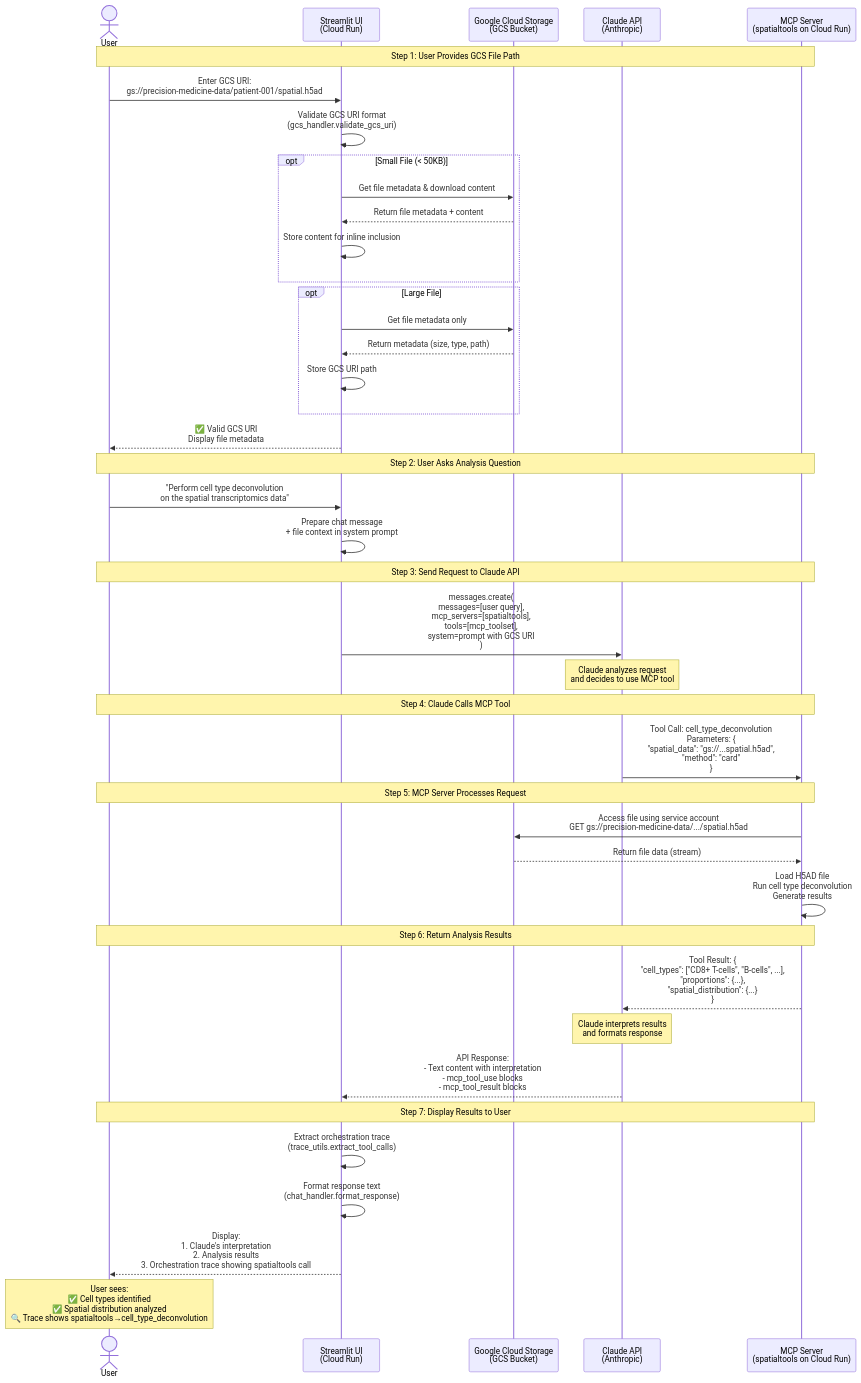
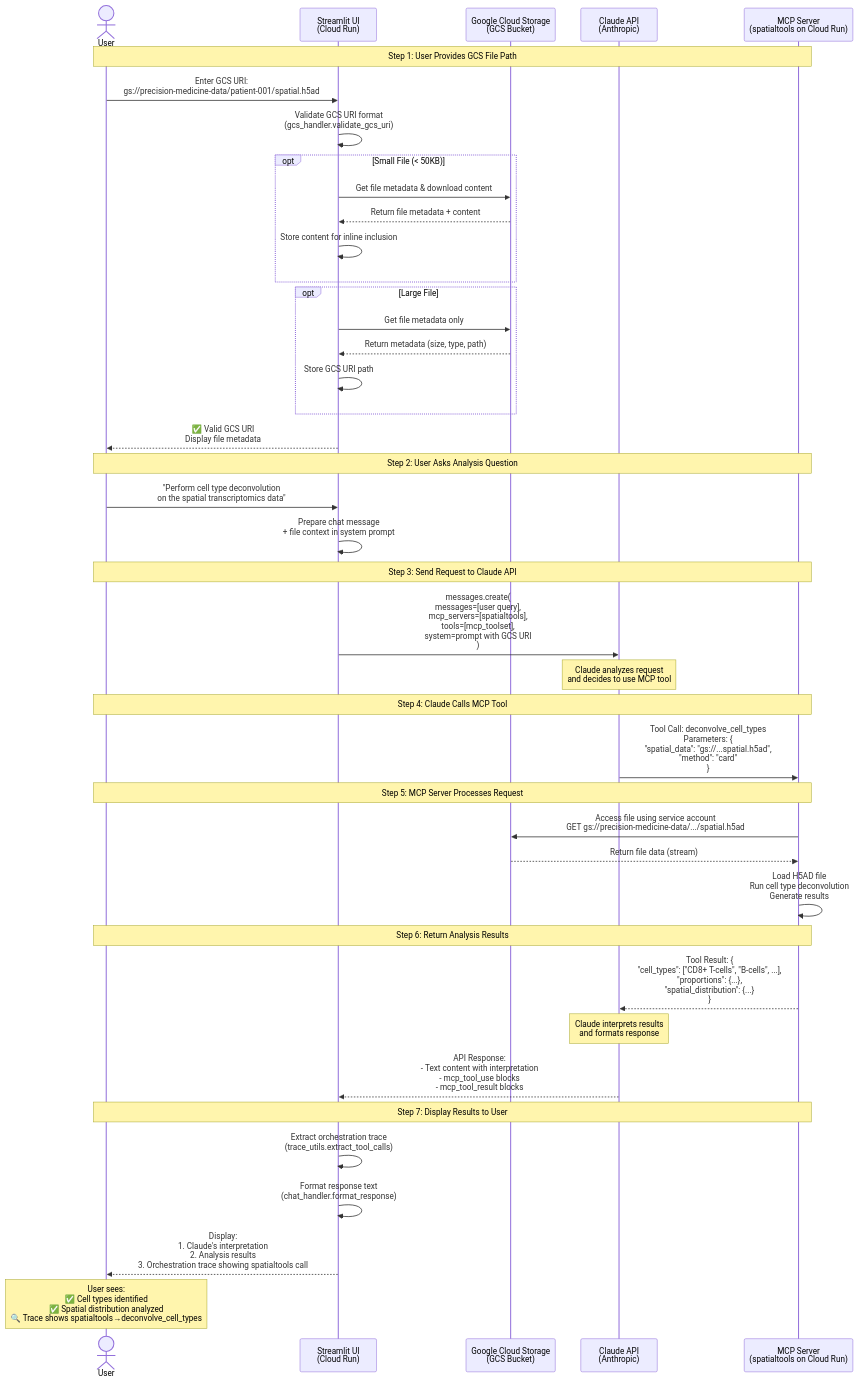
One commit to raymond301/precision-medicine-mcp changed the diagram in ui/streamlit-app/README.md. Above: the diagram before and after it, drawn with Mermaid. The commit also changed other lines of this file and 8 other files, not shown here.

Commit message:
Fix ~30 wrong tool names across 9 files to match canonical Python @mcp.tool() definitions

````diff
--- a/ui/streamlit-app/README.md
+++ b/ui/streamlit-app/README.md
@@ -12,60 +12,60 @@
 ```mermaid
 sequenceDiagram
     actor User
     participant Streamlit as Streamlit UI<br/>(Cloud Run)
     participant GCS as Google Cloud Storage<br/>(GCS Bucket)
     participant Claude as Claude API<br/>(Anthropic)
     participant MCP as MCP Server<br/>(spatialtools on Cloud Run)
 
     Note over User,MCP: Step 1: User Provides GCS File Path
     User->>Streamlit: Enter GCS URI:<br/>gs://precision-medicine-data/patient-001/spatial.h5ad
     Streamlit->>Streamlit: Validate GCS URI format<br/>(gcs_handler.validate_gcs_uri)
 
     opt Small File (< 50KB)
         Streamlit->>GCS: Get file metadata & download content
         GCS-->>Streamlit: Return file metadata + content
         Streamlit->>Streamlit: Store content for inline inclusion
     end
 
     opt Large File
         Streamlit->>GCS: Get file metadata only
         GCS-->>Streamlit: Return metadata (size, type, path)
         Streamlit->>Streamlit: Store GCS URI path
     end
 
     Streamlit-->>User: ✅ Valid GCS URI<br/>Display file metadata
 
     Note over User,MCP: Step 2: User Asks Analysis Question
     User->>Streamlit: "Perform cell type deconvolution<br/>on the spatial transcriptomics data"
 
     Streamlit->>Streamlit: Prepare chat message<br/>+ file context in system prompt
 
     Note over User,MCP: Step 3: Send Request to Claude API
     Streamlit->>Claude: messages.create(<br/>  messages=[user query],<br/>  mcp_servers=[spatialtools],<br/>  tools=[mcp_toolset],<br/>  system=prompt with GCS URI<br/>)
 
     Note over Claude: Claude analyzes request<br/>and decides to use MCP tool
 
     Note over User,MCP: Step 4: Claude Calls MCP Tool
-    Claude->>MCP: Tool Call: cell_type_deconvolution<br/>Parameters: {<br/>  "spatial_data": "gs://...spatial.h5ad",<br/>  "method": "card"<br/>}
+    Claude->>MCP: Tool Call: deconvolve_cell_types<br/>Parameters: {<br/>  "spatial_data": "gs://...spatial.h5ad",<br/>  "method": "card"<br/>}
 
     Note over User,MCP: Step 5: MCP Server Processes Request
     MCP->>GCS: Access file using service account<br/>GET gs://precision-medicine-data/.../spatial.h5ad
     GCS-->>MCP: Return file data (stream)
 
     MCP->>MCP: Load H5AD file<br/>Run cell type deconvolution<br/>Generate results
 
     Note over User,MCP: Step 6: Return Analysis Results
     MCP-->>Claude: Tool Result: {<br/>  "cell_types": ["CD8+ T-cells", "B-cells", ...],<br/>  "proportions": {...},<br/>  "spatial_distribution": {...}<br/>}
 
     Note over Claude: Claude interprets results<br/>and formats response
 
     Claude-->>Streamlit: API Response:<br/>- Text content with interpretation<br/>- mcp_tool_use blocks<br/>- mcp_tool_result blocks
 
     Note over User,MCP: Step 7: Display Results to User
     Streamlit->>Streamlit: Extract orchestration trace<br/>(trace_utils.extract_tool_calls)
     Streamlit->>Streamlit: Format response text<br/>(chat_handler.format_response)
 
     Streamlit-->>User: Display:<br/>1. Claude's interpretation<br/>2. Analysis results<br/>3. Orchestration trace showing spatialtools call
 
-    Note over User: User sees:<br/>✅ Cell types identified<br/>✅ Spatial distribution analyzed<br/>🔍 Trace shows spatialtools→cell_type_deconvolution
+    Note over User: User sees:<br/>✅ Cell types identified<br/>✅ Spatial distribution analyzed<br/>🔍 Trace shows spatialtools→deconvolve_cell_types
 ```
````
